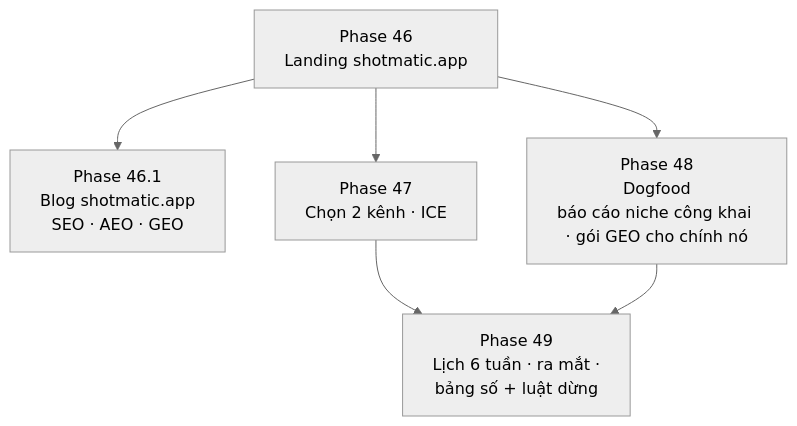
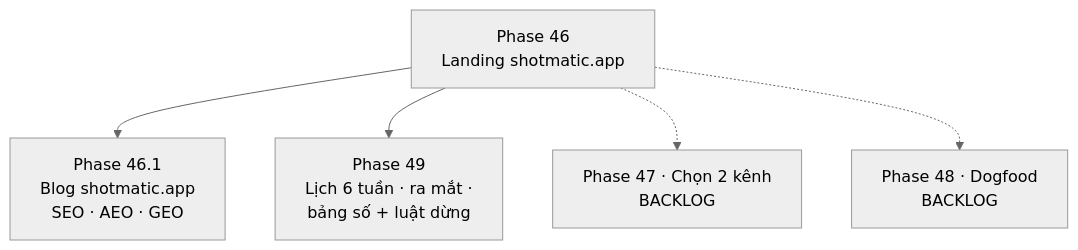
The diagram in docs/web/version-11.md (nvminhtu/niche-radar-docs), drawn with Mermaid (neutral theme) before and after one commit. The commit also changed other lines of this file and 10 other files, not shown here.

Commit message:
docs: sync — Phase 28.4 xong bản gọn, 47 + 48 Backlog, 49 không phụ thuộc 47/48, trang 28.11 + 28.12

````diff
--- a/docs/web/version-11.md
+++ b/docs/web/version-11.md
@@ -21,7 +21,7 @@
 ```mermaid
 flowchart TB
   P[Phase 46<br/>Landing shotmatic.app] --> BL[Phase 46.1<br/>Blog shotmatic.app<br/>SEO · AEO · GEO]
-  P[Phase 46<br/>Landing shotmatic.app] --> C[Phase 47<br/>Chọn 2 kênh · ICE]
-  P --> D[Phase 48<br/>Dogfood<br/>báo cáo niche công khai · gói GEO cho chính nó]
-  C & D --> S[Phase 49<br/>Lịch 6 tuần · ra mắt ·<br/>bảng số + luật dừng]
+  P --> S[Phase 49<br/>Lịch 6 tuần · ra mắt ·<br/>bảng số + luật dừng]
+  P -.-> C[Phase 47 · Chọn 2 kênh<br/>BACKLOG]
+  P -.-> D[Phase 48 · Dogfood<br/>BACKLOG]
 ```
````
